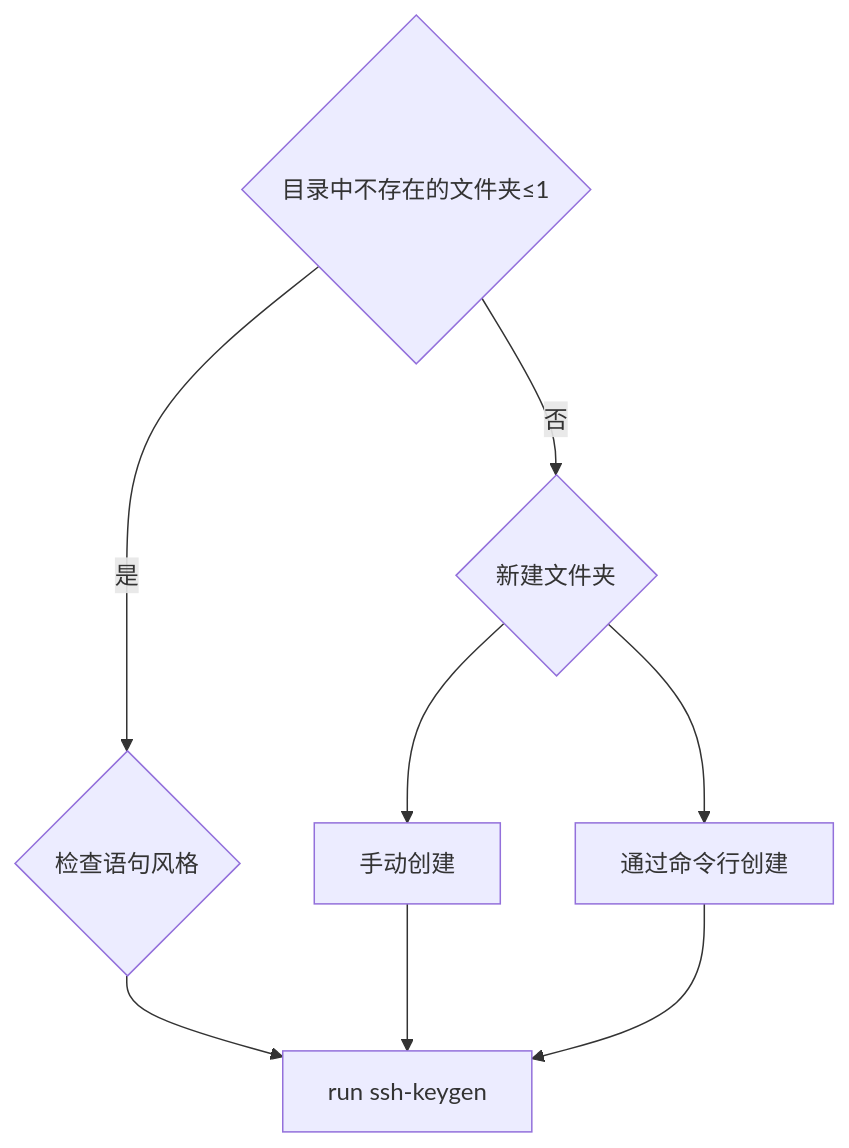
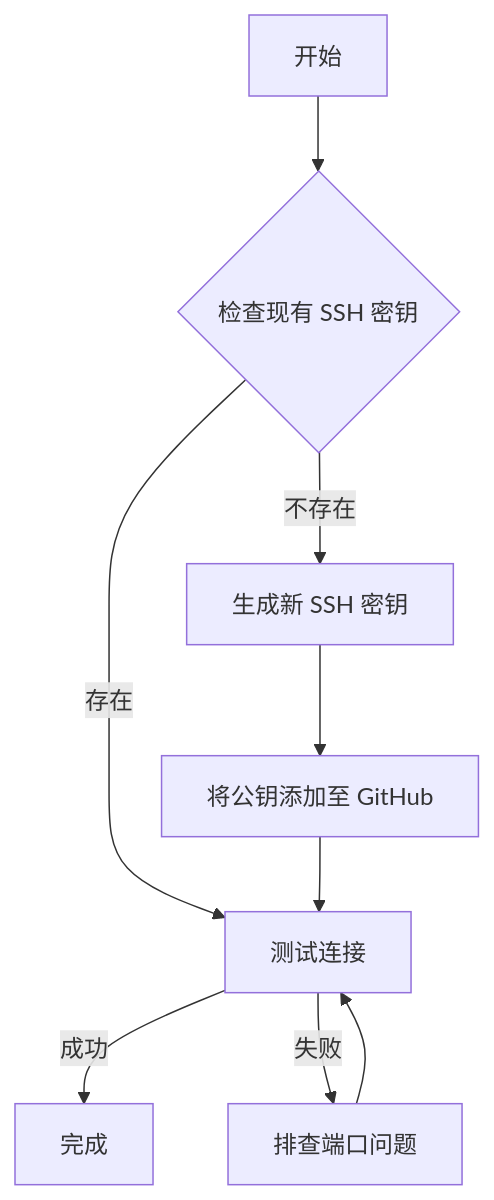
Before and after one commit to Helen115111/Helen115111.github.io: the first of 2 diagrams in SSH密钥配置与故障排查指南.md, drawn with Mermaid. The commit also changed other lines of this file and 8 other files, not shown here.

````diff
--- a/SSH密钥配置与故障排查指南.md
+++ b/SSH密钥配置与故障排查指南.md
@@ -37,10 +12,11 @@
 ```mermaid
 flowchart TD
-A{目录中不存在的文件夹≤1} --是--> B{检查语句风格}
-A --否--> C{新建文件夹}
-C --> D[手动创建]
-C --> E[通过命令行创建]
-B --> F[run ssh-keygen]
-D --> F
-E --> F
+    A[开始] --> B{检查现有 SSH 密钥}
+    B -- 存在 --> E[测试连接]
+    B -- 不存在 --> C[生成新 SSH 密钥]
+    C --> D[将公钥添加至 GitHub]
+    D --> E
+    E -- 成功 --> F[完成]
+    E -- 失败 --> G[排查端口问题]
+    G --> E
 ```
````
